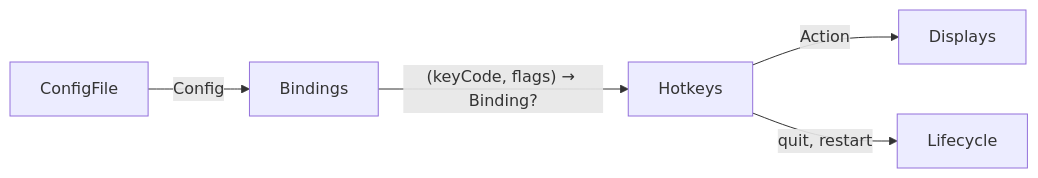
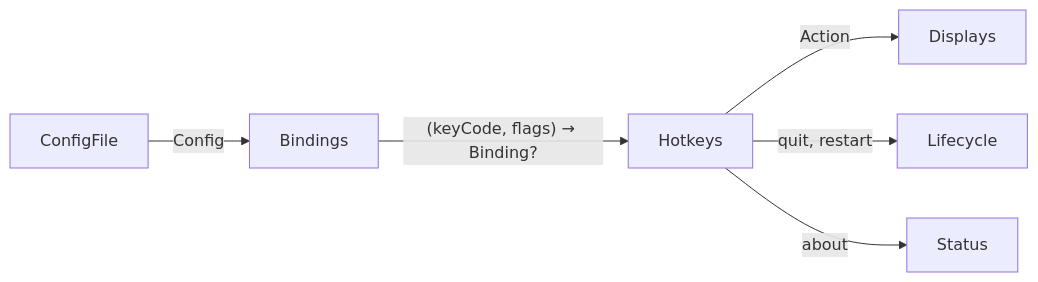
The fourth of 25 diagrams in ARCHITECTURE.md (brennovich/ottowm), drawn with Mermaid before and after one commit. The commit also changed other lines of this file, not shown here.

````diff
--- a/ARCHITECTURE.md
+++ b/ARCHITECTURE.md
@@ -93,7 +87,8 @@
 ```mermaid
 flowchart LR
     ConfigFile -->|Config| Bindings
     Bindings -->|"(keyCode, flags) → Binding?"| Hotkeys
     Hotkeys -->|Action| Displays
     Hotkeys -->|quit, restart| Lifecycle
+    Hotkeys -->|about| Status
 ```
````
